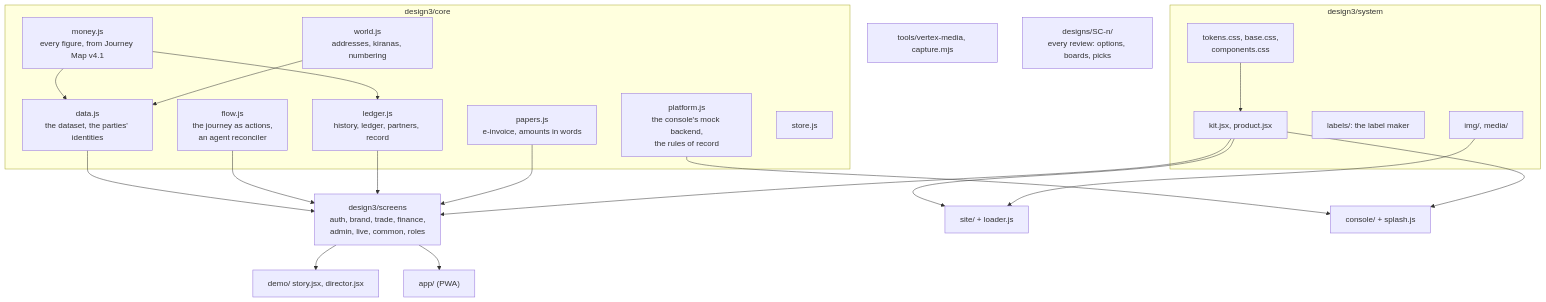
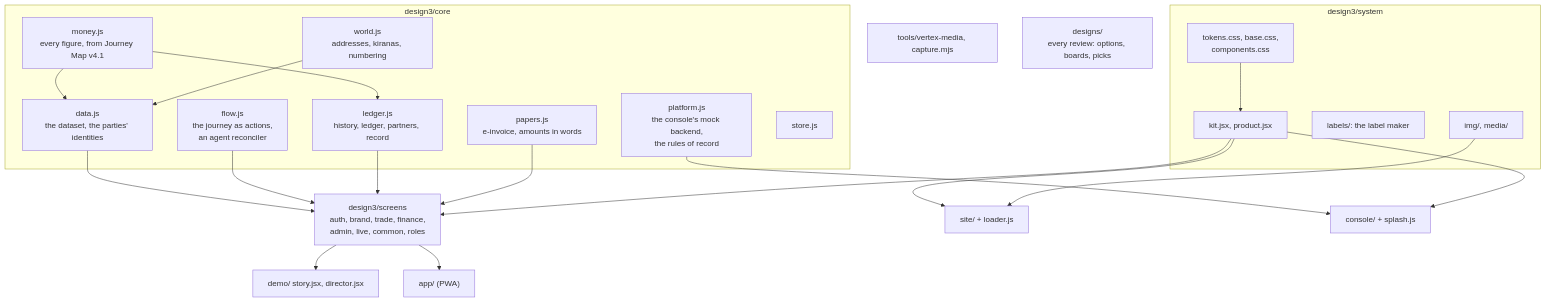
Before and after one commit to aibuilder2026/smart-clearance: the ninth of 11 diagrams in ARCHITECTURE.md, drawn with Mermaid. The commit also changed other lines of this file and 16 other files, not shown here.

````diff
--- a/ARCHITECTURE.md
+++ b/ARCHITECTURE.md
@@ -822,42 +917,42 @@
 ```mermaid
 flowchart TB
   subgraph core["design3/core"]
     money["money.js<br/>every figure, from Journey Map v4.1"]
     data["data.js<br/>the dataset, the parties' identities"]
     world["world.js<br/>addresses, kiranas, numbering"]
     platform["platform.js<br/>the console's mock backend,<br/>the rules of record"]
     flow["flow.js<br/>the journey as actions,<br/>an agent reconciler"]
     ledger["ledger.js<br/>history, ledger, partners, record"]
     papers["papers.js<br/>e-invoice, amounts in words"]
     store["store.js"]
   end
   subgraph system["design3/system"]
     tokens["tokens.css, base.css,<br/>components.css"]
     kit["kit.jsx, product.jsx"]
     labels["labels/: the label maker"]
     img["img/, media/"]
   end
   screens["design3/screens<br/>auth, brand, trade, finance,<br/>admin, live, common, roles"]
   demo["demo/ story.jsx, director.jsx"]
   app["app/ (PWA)"]
   site["site/ + loader.js"]
   console["console/ + splash.js"]
   tools["tools/vertex-media, capture.mjs"]
-  designs["designs/SC-n/<br/>every review: options, boards, picks"]
+  designs["designs/<br/>every review: options, boards, picks"]
 
   money --> data
   money --> ledger
   world --> data
   data --> screens
   flow --> screens
   ledger --> screens
   papers --> screens
   platform --> console
   kit --> screens
   kit --> site
   kit --> console
   tokens --> kit
   screens --> demo
   screens --> app
   img --> site
 ```
````
